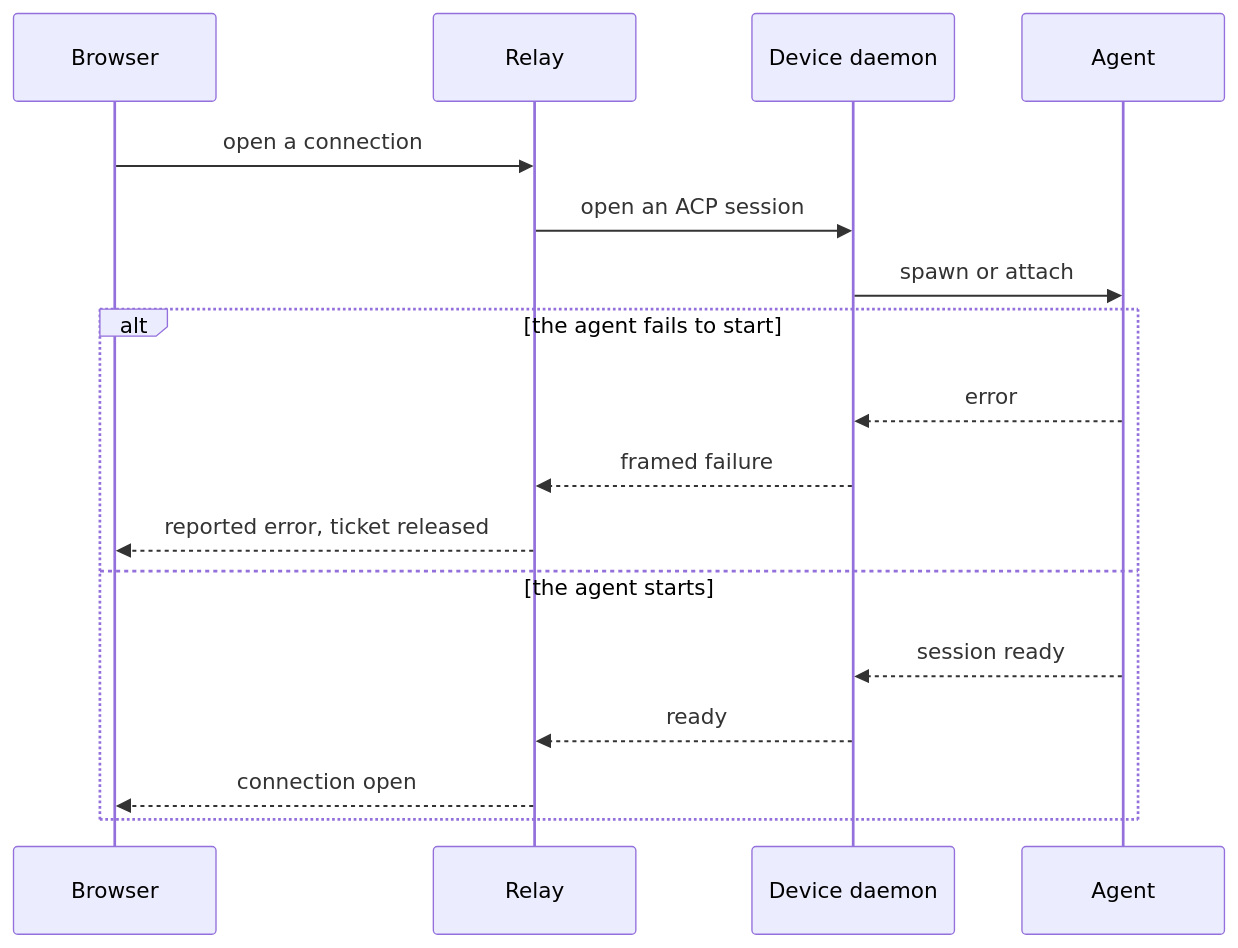
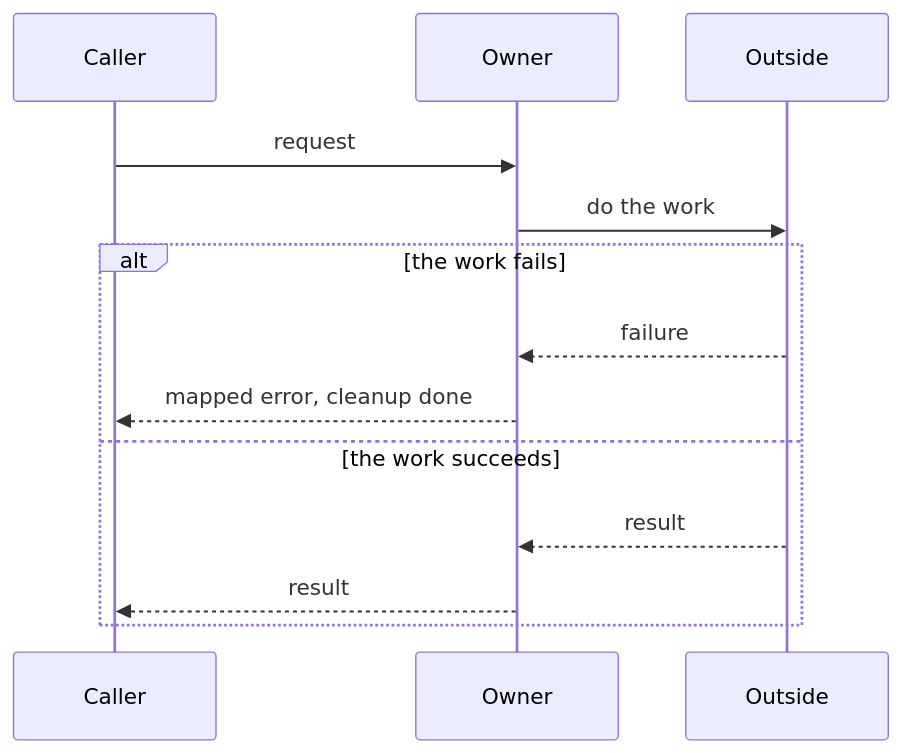
Before and after one commit to lulu0119/acp-web-gateway: the second of 3 diagrams in .agents/skills/create-pr/references/pr-body.md, drawn with Mermaid. The commit also changed other lines of this file and 9 other files, not shown here.

````diff
--- a/.agents/skills/create-pr/references/pr-body.md
+++ b/.agents/skills/create-pr/references/pr-body.md
@@ -49,20 +44,16 @@
 ```mermaid
 sequenceDiagram
-  participant B as Browser
-  participant R as Relay
-  participant D as Device daemon
-  participant A as Agent
+  participant C as Caller
+  participant O as Owner
+  participant X as Outside
 
-  B->>R: open a connection
-  R->>D: open an ACP session
-  D->>A: spawn or attach
-  alt the agent fails to start
-    A-->>D: error
-    D-->>R: framed failure
-    R-->>B: reported error, ticket released
-  else the agent starts
-    A-->>D: session ready
-    D-->>R: ready
-    R-->>B: connection open
+  C->>O: request
+  O->>X: do the work
+  alt the work fails
+    X-->>O: failure
+    O-->>C: mapped error, cleanup done
+  else the work succeeds
+    X-->>O: result
+    O-->>C: result
   end
 ```
````
